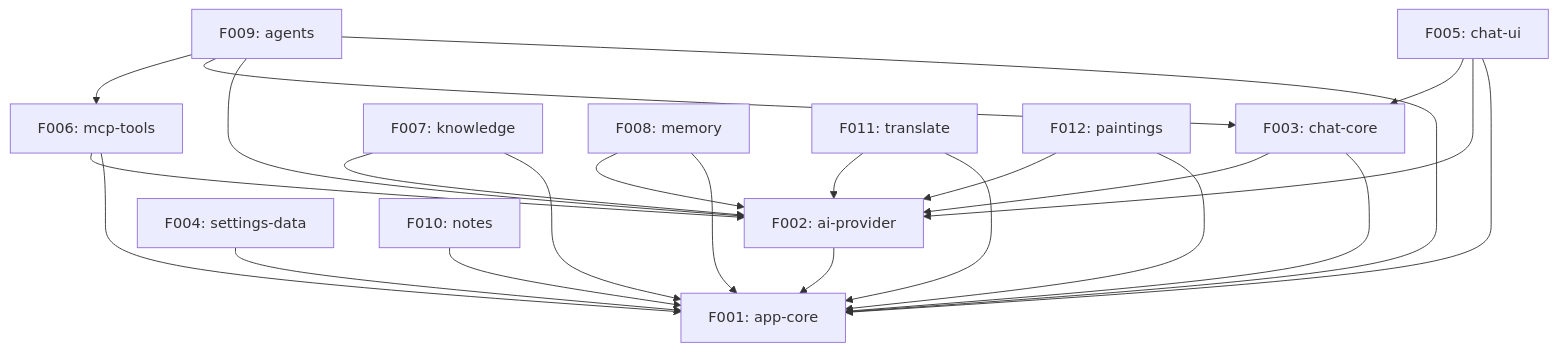
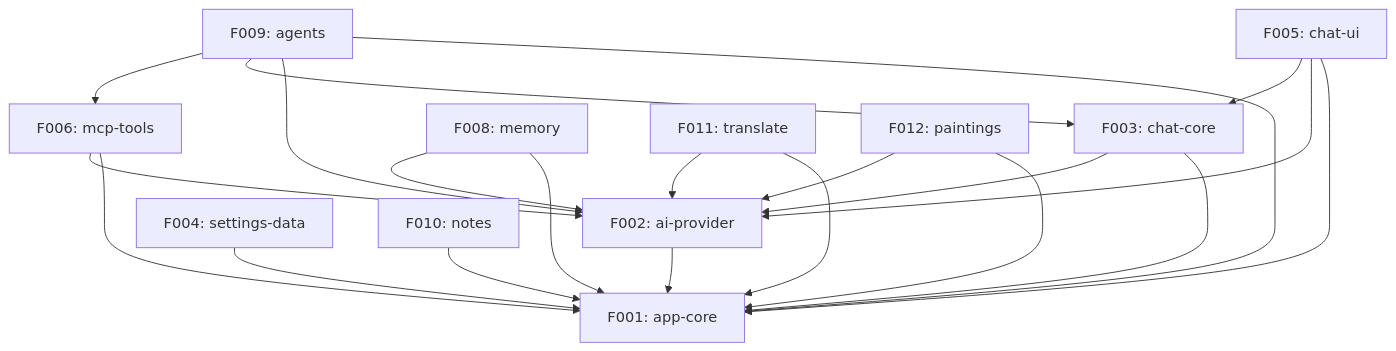
One commit to coolhero/angdu-studio changed the diagram in specs/reverse-spec/roadmap.md. Above: the diagram before and after it, drawn with Mermaid. The commit also changed other lines of this file and 5 other files, not shown here.

````diff
--- a/specs/reverse-spec/roadmap.md
+++ b/specs/reverse-spec/roadmap.md
@@ -63,27 +62,25 @@
 ```mermaid
 graph TD
     F001[F001: app-core]
 
     F002[F002: ai-provider] --> F001
     F003[F003: chat-core] --> F001
     F003 --> F002
     F004[F004: settings-data] --> F001
     F005[F005: chat-ui] --> F001
     F005 --> F002
     F005 --> F003
     F006[F006: mcp-tools] --> F001
     F006 --> F002
-    F007[F007: knowledge] --> F001
-    F007 --> F002
     F008[F008: memory] --> F001
     F008 --> F002
     F009[F009: agents] --> F001
     F009 --> F002
     F009 --> F003
     F009 --> F006
     F010[F010: notes] --> F001
     F011[F011: translate] --> F001
     F011 --> F002
     F012[F012: paintings] --> F001
     F012 --> F002
 ```
````
